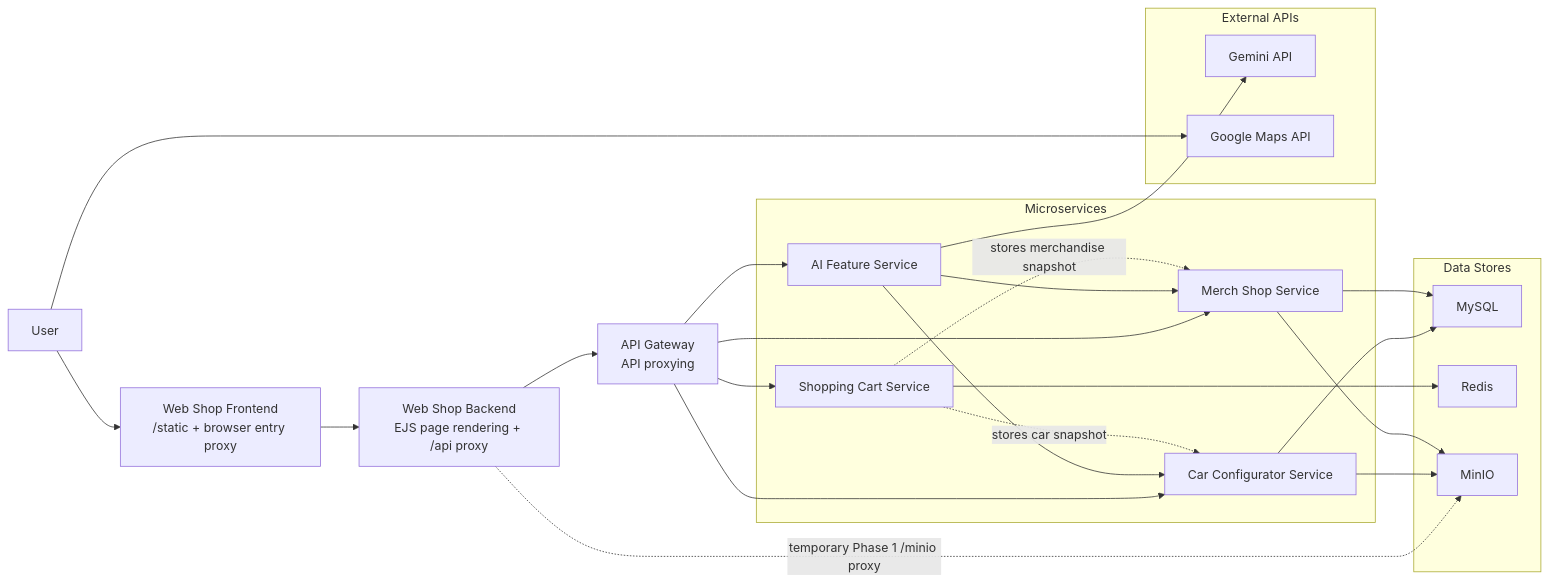
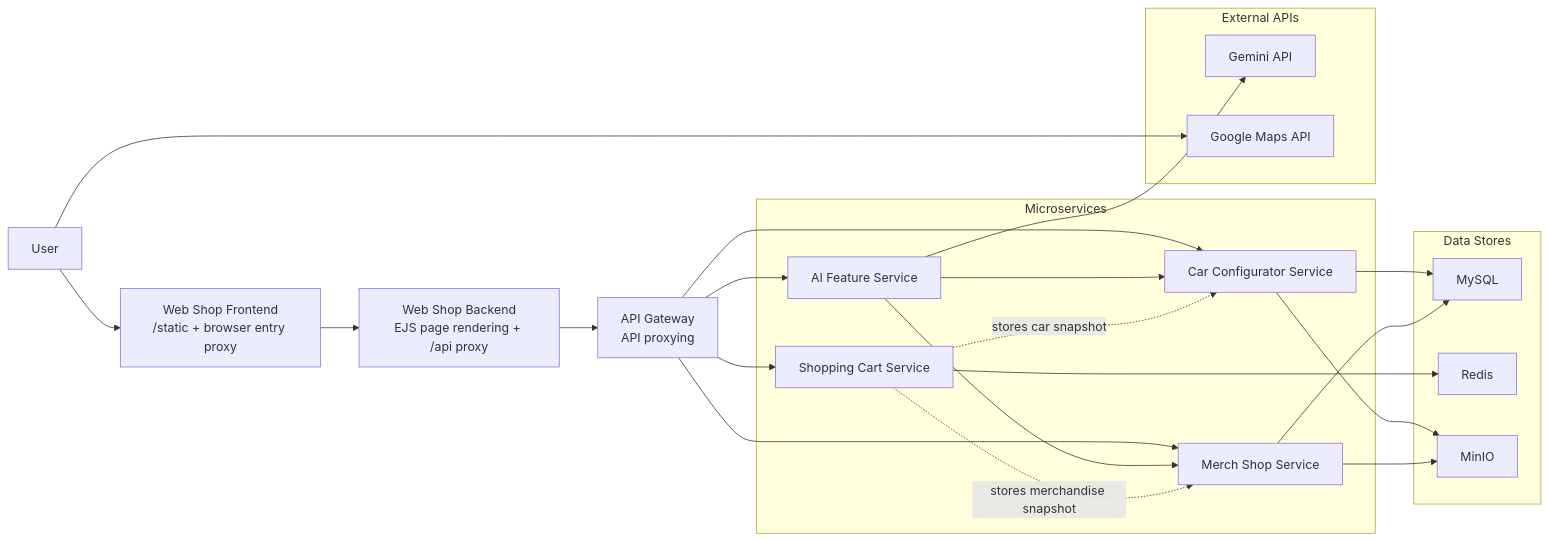
The diagram in docs/architecture.md (CloudBasedWebApplication/bmw), drawn with Mermaid before and after one commit. The commit also changed other lines of this file and 24 other files, not shown here.

````diff
--- a/docs/architecture.md
+++ b/docs/architecture.md
@@ -13,52 +13,51 @@
 ```mermaid
 flowchart LR
     user["User"]
     frontend["Web Shop Frontend\n/static + browser entry proxy"]
     backendPresentation["Web Shop Backend\nEJS page rendering + /api proxy"]
     gateway["API Gateway\nAPI proxying"]
 
     subgraph backend["Microservices"]
         configurator["Car Configurator Service"]
         merchandise["Merch Shop Service"]
         ai["AI Feature Service"]
         cart["Shopping Cart Service"]
     end
 
     subgraph data["Data Stores"]
         mysql["MySQL"]
         redis["Redis"]
         minio["MinIO"]
     end
 
     subgraph external["External APIs"]
         gemini["Gemini API"]
         googlemaps["Google Maps API"]
     end
 
     user --> frontend
     frontend --> backendPresentation
     backendPresentation --> gateway
-    backendPresentation -. "temporary Phase 1 /minio proxy" .-> minio
 
     gateway --> configurator
     gateway --> merchandise
     gateway --> ai
     gateway --> cart
 
     user --> googlemaps
 
     configurator --> mysql
     configurator --> minio
 
     merchandise --> mysql
     merchandise --> minio
 
     ai --> gemini
     ai --> configurator
     ai --> merchandise
 
     cart --> redis
 
     cart -. "stores car snapshot" .-> configurator
     cart -. "stores merchandise snapshot" .-> merchandise
 ```
````
